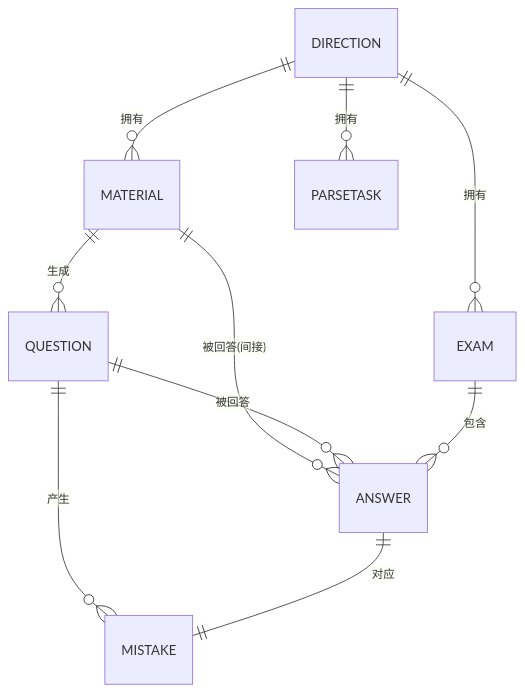
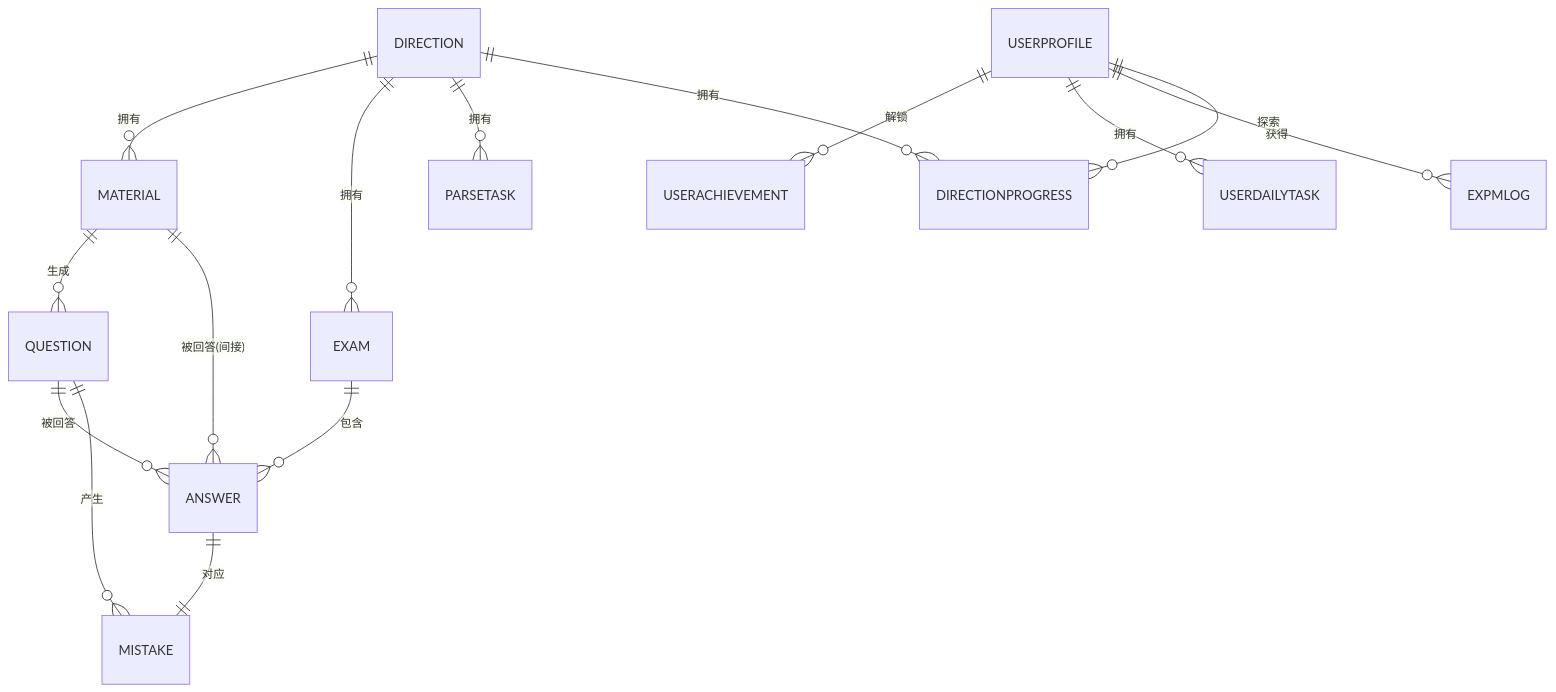
The sixth of 6 diagrams in .qoder/repowiki/zh/content/后端API文档/后端API文档.md (zhiwenli-jack/personal-learning-manager), drawn with Mermaid before and after one commit. The commit also changed other lines of this file and 20 other files, not shown here.

````diff
--- a/.qoder/repowiki/zh/content/后端API文档/后端API文档.md
+++ b/.qoder/repowiki/zh/content/后端API文档/后端API文档.md
@@ -492,12 +555,17 @@
 ```mermaid
 erDiagram
 DIRECTION ||--o{ MATERIAL : "拥有"
 DIRECTION ||--o{ EXAM : "拥有"
 DIRECTION ||--o{ PARSETASK : "拥有"
+DIRECTION ||--o{ DIRECTIONPROGRESS : "拥有"
 MATERIAL ||--o{ QUESTION : "生成"
 MATERIAL ||--o{ ANSWER : "被回答(间接)"
 QUESTION ||--o{ ANSWER : "被回答"
 QUESTION ||--o{ MISTAKE : "产生"
 EXAM ||--o{ ANSWER : "包含"
 ANSWER ||--|| MISTAKE : "对应"
+USERPROFILE ||--o{ USERACHIEVEMENT : "解锁"
+USERPROFILE ||--o{ USERDAILYTASK : "拥有"
+USERPROFILE ||--o{ EXPMLOG : "获得"
+USERPROFILE ||--o{ DIRECTIONPROGRESS : "探索"
 ```
````
